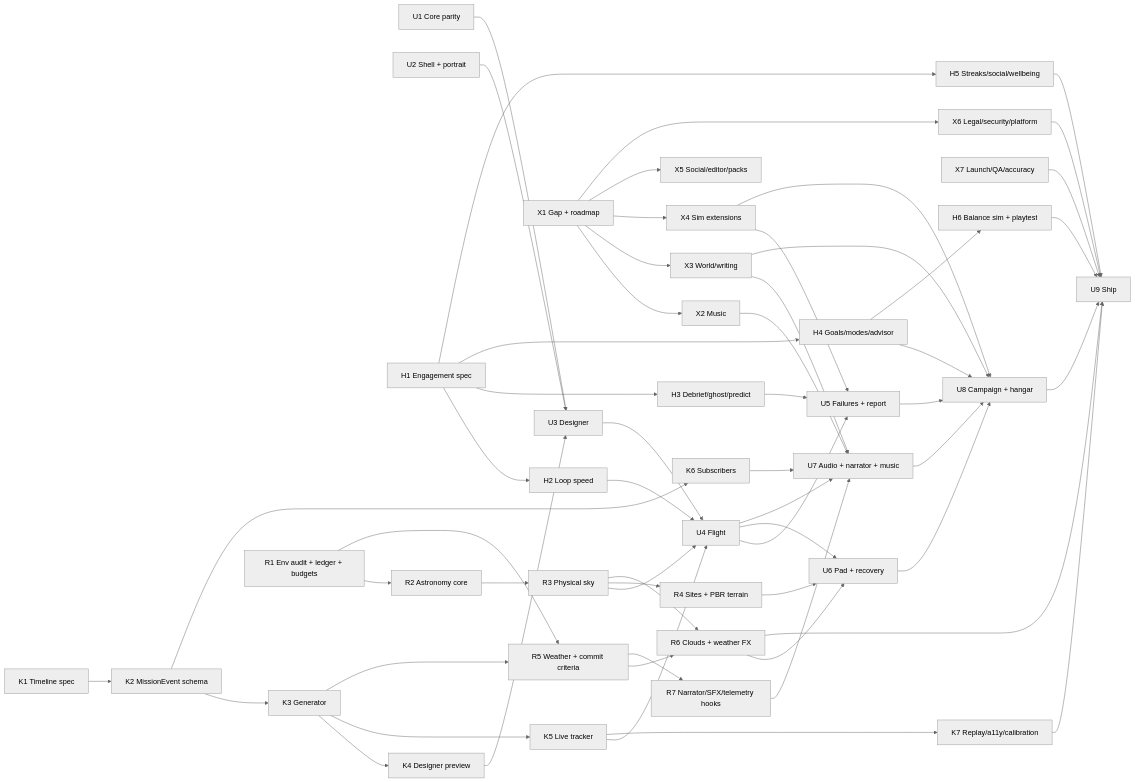
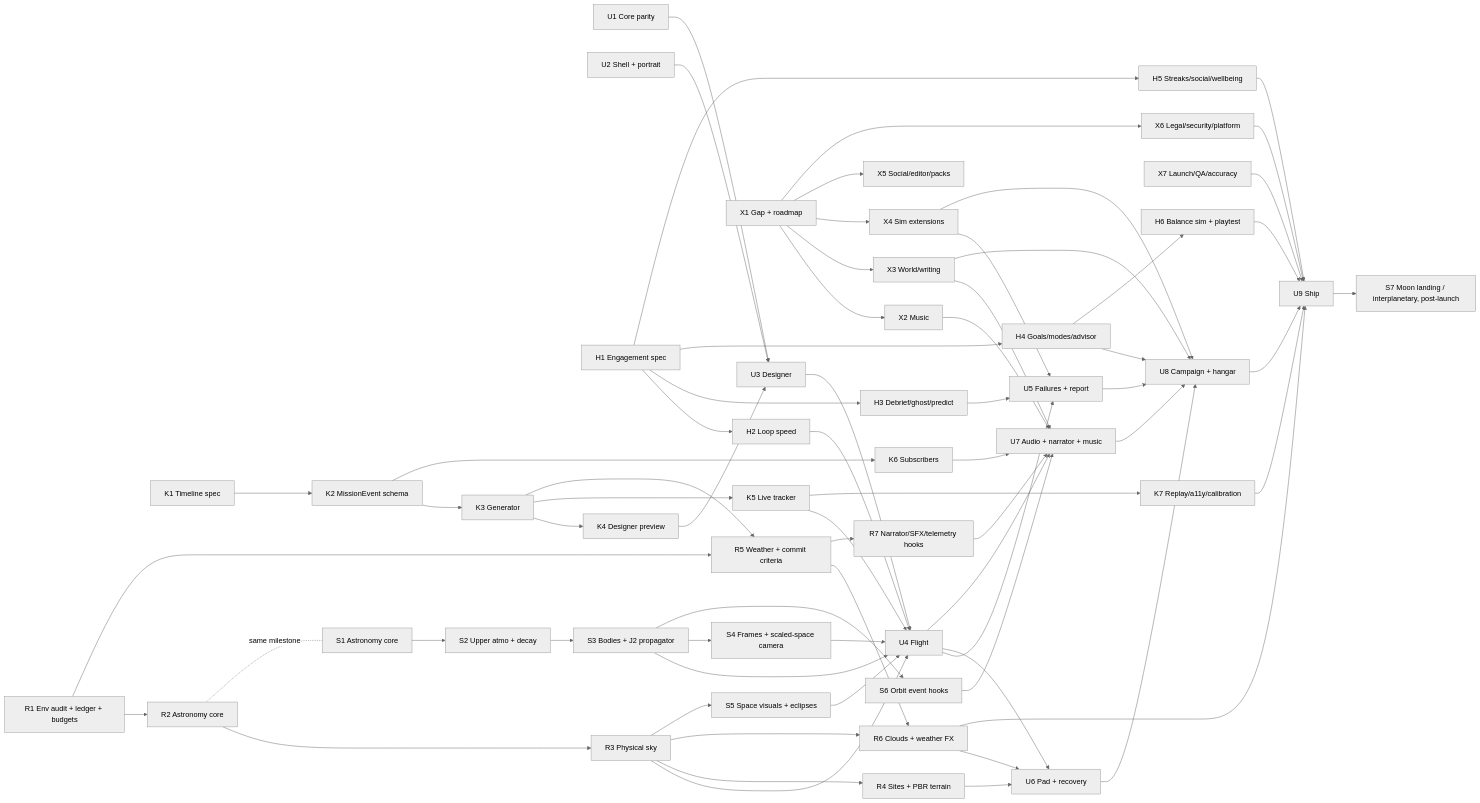
Before and after one commit to becktj90/kestrel-heavy: the diagram in docs/MASTER_ROADMAP.md, drawn with Mermaid (neutral theme). The commit also changed other lines of this file and 1 other file, not shown here.

Commit message:
docs: Upper Atmosphere and Outer Space audit (S1–S7), shared with R1–R7; fold into MASTER_ROADMAP

````diff
--- a/docs/MASTER_ROADMAP.md
+++ b/docs/MASTER_ROADMAP.md
@@ -6,46 +6,52 @@
 ```mermaid
 graph LR
   U1[U1 Core parity] --> U3[U3 Designer]
   U2[U2 Shell + portrait] --> U3
   U3 --> U4[U4 Flight]
   U4 --> U5[U5 Failures + report]
   U4 --> U6[U6 Pad + recovery]
   U4 --> U7[U7 Audio + narrator + music]
   U5 --> U8[U8 Campaign + hangar]
   U6 --> U8
   U7 --> U8
   U8 --> U9[U9 Ship]
   X1[X1 Gap + roadmap] --> X2[X2 Music]
   X1 --> X3[X3 World/writing]
   X1 --> X4[X4 Sim extensions]
   X2 --> U7
   X3 --> U7
   X3 --> U8
   X4 --> U5
   X4 --> U8
   X1 --> X5[X5 Social/editor/packs]
   X1 --> X6[X6 Legal/security/platform]
   X6 --> U9
   X7[X7 Launch/QA/accuracy] --> U9
   H1[H1 Engagement spec] --> H2[H2 Loop speed]
   H1 --> H3[H3 Debrief/ghost/predict]
   H2 --> U4
   H3 --> U5
   H1 --> H4[H4 Goals/modes/advisor] --> U8
   H1 --> H5[H5 Streaks/social/wellbeing] --> U9
   H4 --> H6[H6 Balance sim + playtest] --> U9
   K1[K1 Timeline spec] --> K2[K2 MissionEvent schema] --> K3[K3 Generator]
   K3 --> K4[K4 Designer preview] --> U3
   K3 --> K5[K5 Live tracker] --> U4
   K2 --> K6[K6 Subscribers] --> U7
   K5 --> K7[K7 Replay/a11y/calibration] --> U9
   R1[R1 Env audit + ledger + budgets] --> R2[R2 Astronomy core]
   R1 --> R5[R5 Weather + commit criteria]
   K3 --> R5
   R2 --> R3[R3 Physical sky] --> U4
   R3 --> R4[R4 Sites + PBR terrain] --> U6
   R5 --> R6[R6 Clouds + weather FX]
   R3 --> R6 --> U6
   R5 --> R7[R7 Narrator/SFX/telemetry hooks] --> U7
   R6 --> U9
+  R2 -. same milestone .- S1[S1 Astronomy core]
+  S1 --> S2[S2 Upper atmo + decay] --> S3[S3 Bodies + J2 propagator] --> U4
+  S3 --> S4[S4 Frames + scaled-space camera] --> U4
+  R3 --> S5[S5 Space visuals + eclipses] --> U4
+  S3 --> S6[S6 Orbit event hooks] --> U7
+  U9 --> S7[S7 Moon landing / interplanetary, post-launch]
 ```
````
